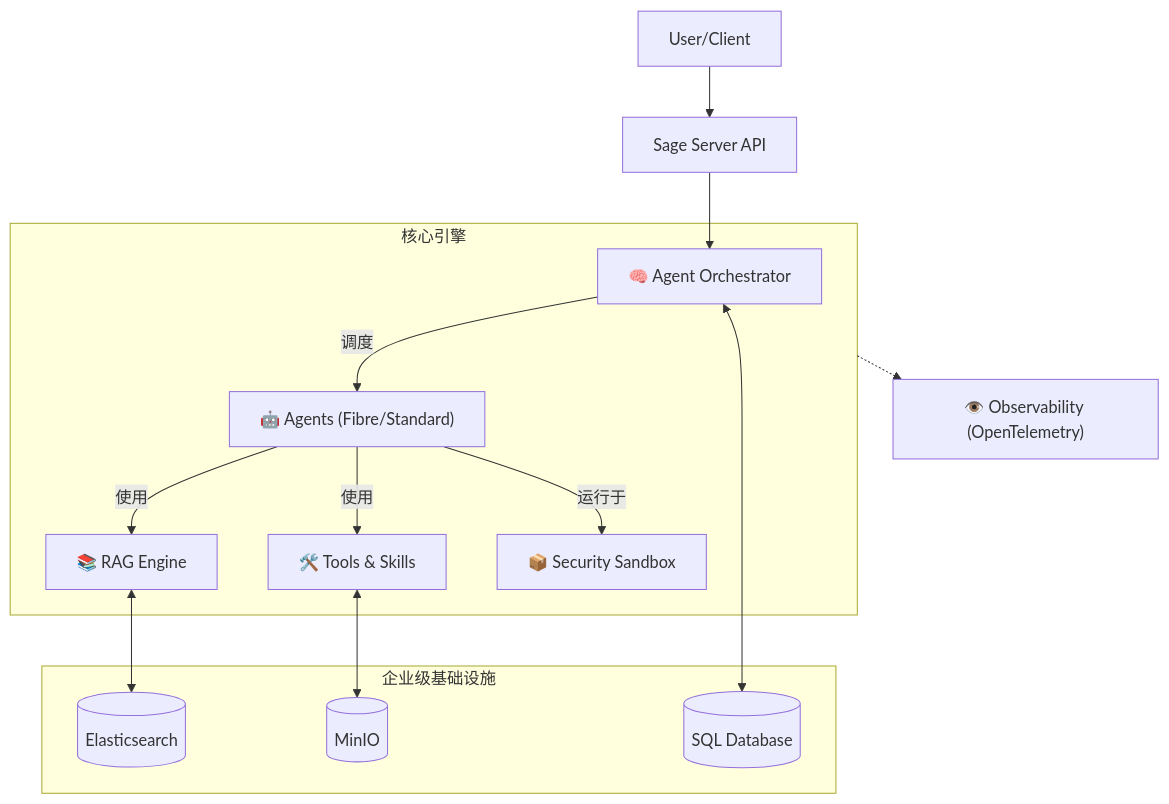
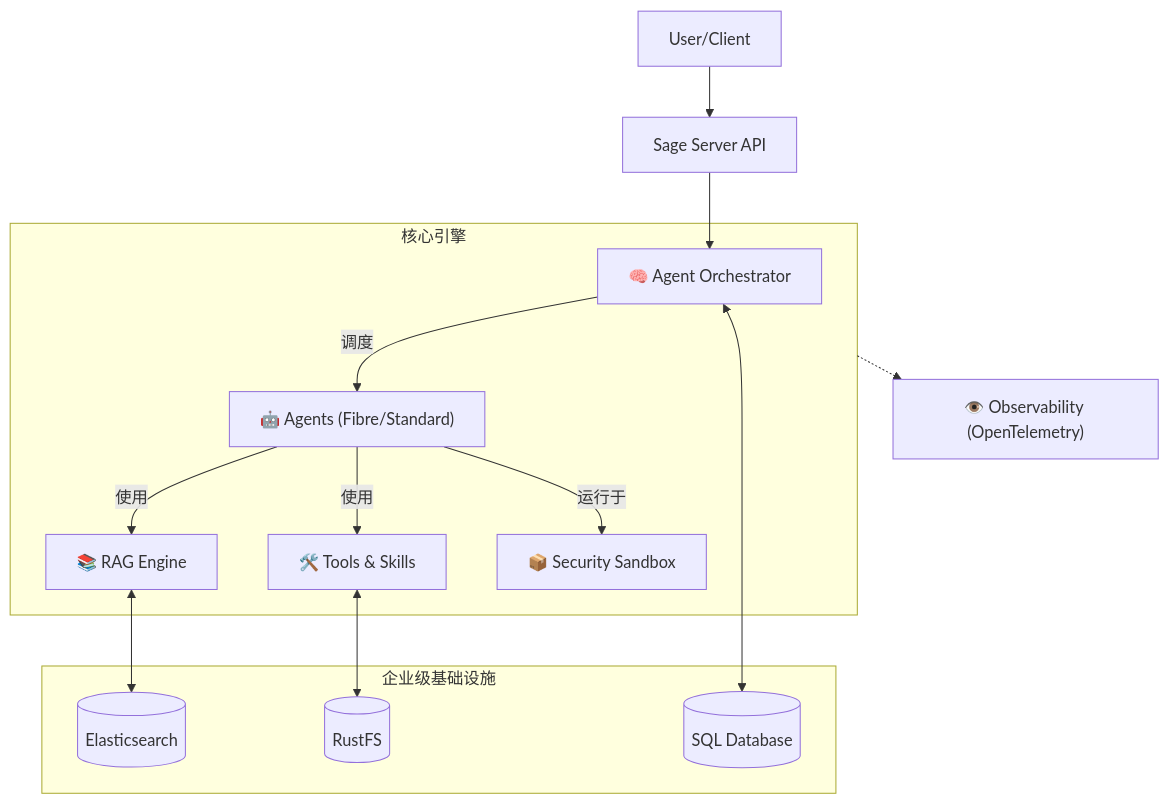
The diagram in README_CN.md (ZHangZHengEric/Sage), drawn with Mermaid before and after one commit. The commit also changed other lines of this file and 15 other files, not shown here.

````diff
--- a/README_CN.md
+++ b/README_CN.md
@@ -76,20 +76,20 @@
 ```mermaid
 graph TD
     User[User/Client] --> API[Sage Server API]
     API --> Orch[🧠 Agent Orchestrator]
     
     subgraph Core[核心引擎]
         Orch -- "调度" --> Agents["🤖 Agents (Fibre/Standard)"]
         Agents -- "使用" --> RAG[📚 RAG Engine]
         Agents -- "使用" --> Tools[🛠️ Tools & Skills]
         Agents -- "运行于" --> Box[📦 Security Sandbox]
     end
 
     subgraph Infra[企业级基础设施]
         RAG <--> ES[(Elasticsearch)]
-        Tools <--> MinIO[(MinIO)]
+        Tools <--> RustFS[(RustFS)]
         Orch <--> DB[(SQL Database)]
     end
     
     Core -.-> Obs["👁️ Observability (OpenTelemetry)"]
 ```
````
